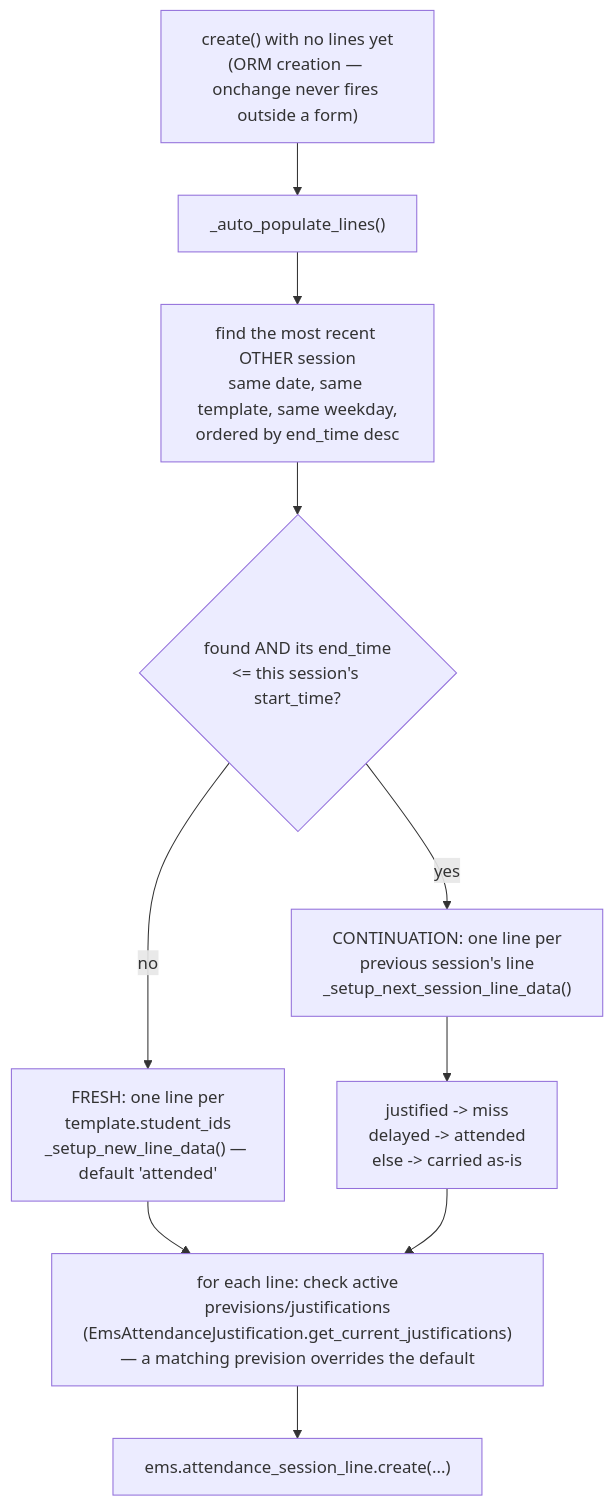
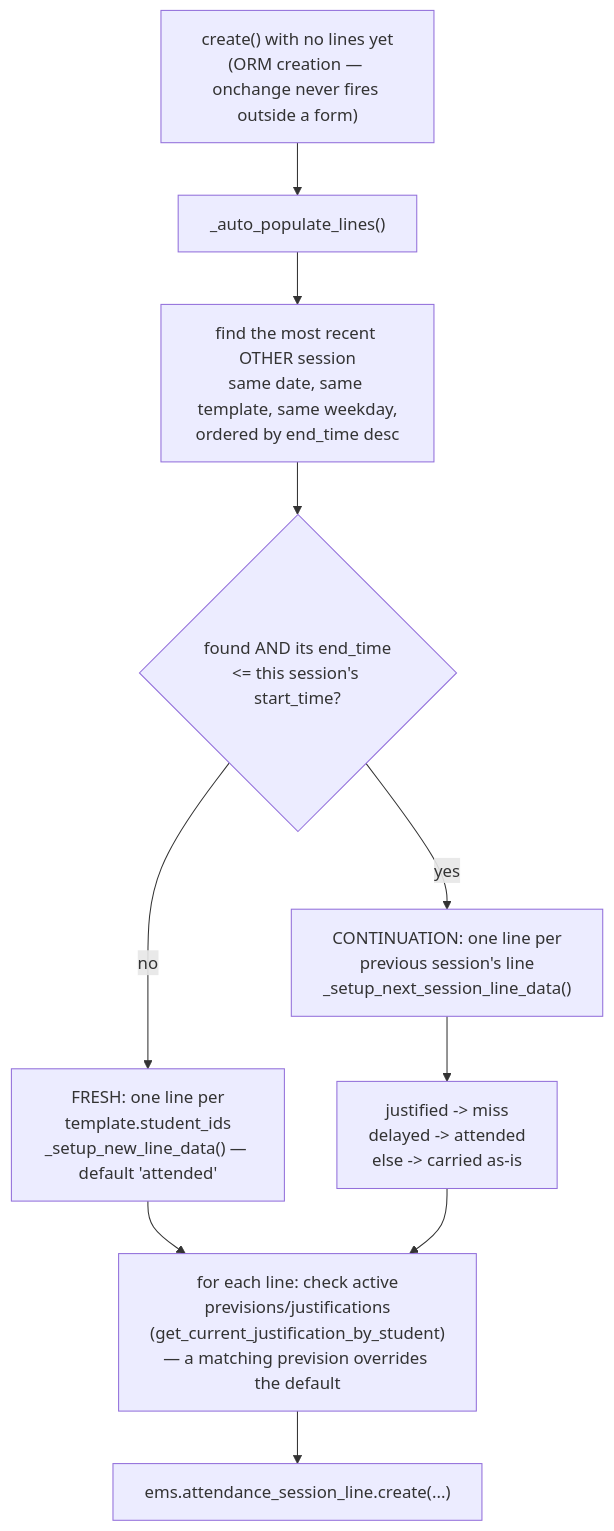
The first of 3 diagrams in docs/en/developers/attendance/attendance_session.md (ElPuig/EMS), drawn with Mermaid before and after one commit. The commit also changed other lines of this file and 10 other files, not shown here.

````diff
--- a/docs/en/developers/attendance/attendance_session.md
+++ b/docs/en/developers/attendance/attendance_session.md
@@ -54,12 +54,12 @@
 ```mermaid
 flowchart TD
     A["create() with no lines yet\n(ORM creation — onchange never fires outside a form)"] --> B["_auto_populate_lines()"]
     B --> C["find the most recent OTHER session\nsame date, same template, same weekday,\nordered by end_time desc"]
     C --> D{"found AND its end_time\n<= this session's start_time?"}
     D -- yes --> E["CONTINUATION: one line per\nprevious session's line\n_setup_next_session_line_data()"]
     D -- no --> F["FRESH: one line per\ntemplate.student_ids\n_setup_new_line_data() — default 'attended'"]
     E --> G["justified -> miss\ndelayed -> attended\nelse -> carried as-is"]
     F --> H
-    G --> H["for each line: check active\nprevisions/justifications\n(EmsAttendanceJustification.get_current_justifications)\n— a matching prevision overrides the default"]
+    G --> H["for each line: check active\nprevisions/justifications\n(get_current_justification_by_student)\n— a matching prevision overrides the default"]
     H --> I["ems.attendance_session_line.create(...)"]
 ```
````
